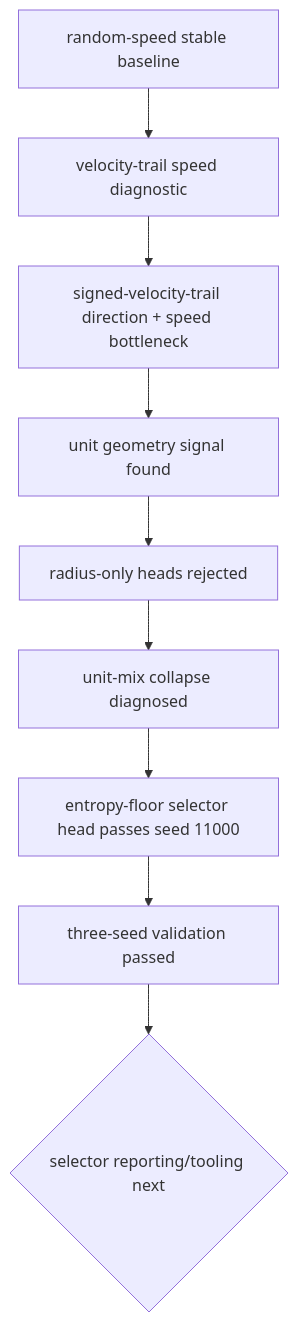
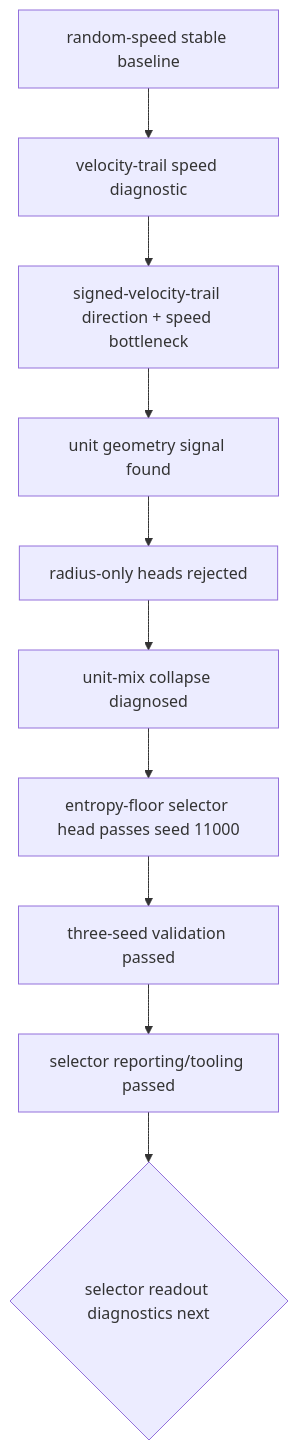
The second of 2 diagrams in README.md (ChrisRPL/jepra), drawn with Mermaid before and after one commit. The commit also changed other lines of this file and 1 other file, not shown here.

Commit message:
feat: report selector head comparison metrics

````diff
--- a/README.md
+++ b/README.md
@@ -32,11 +32,12 @@
 ```mermaid
 flowchart TD
   A[random-speed stable baseline] --> B[velocity-trail speed diagnostic]
   B --> C[signed-velocity-trail direction + speed bottleneck]
   C --> D[unit geometry signal found]
   D --> E[radius-only heads rejected]
   E --> F[unit-mix collapse diagnosed]
   F --> G[entropy-floor selector head passes seed 11000]
   G --> H[three-seed validation passed]
-  H --> I{selector reporting/tooling next}
+  H --> I[selector reporting/tooling passed]
+  I --> J{selector readout diagnostics next}
 ```
````
